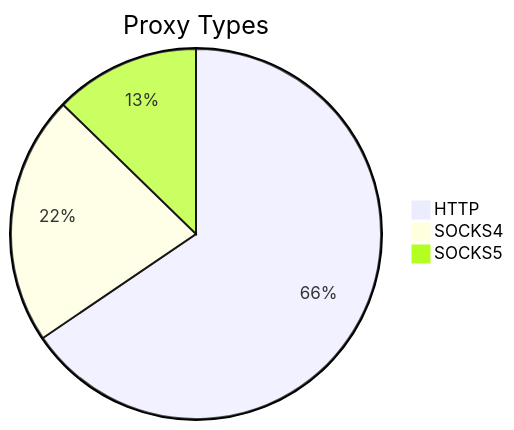
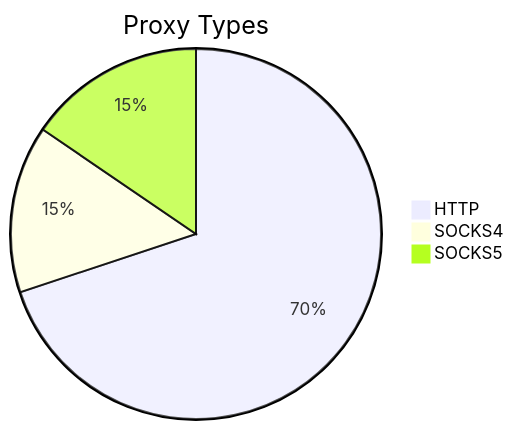
One commit to stormsia/proxy-list changed the first of 2 diagrams in README.md. Above: the diagram before and after it, drawn with Mermaid. The commit also changed other lines of this file, not shown here.

````diff
--- a/README.md
+++ b/README.md
@@ -21,6 +21,6 @@
 ```mermaid
 pie title Proxy Types
-    "HTTP" : 412
-    "SOCKS4" : 137
-    "SOCKS5" : 80
+    "HTTP" : 244
+    "SOCKS4" : 51
+    "SOCKS5" : 54
 ```
````
